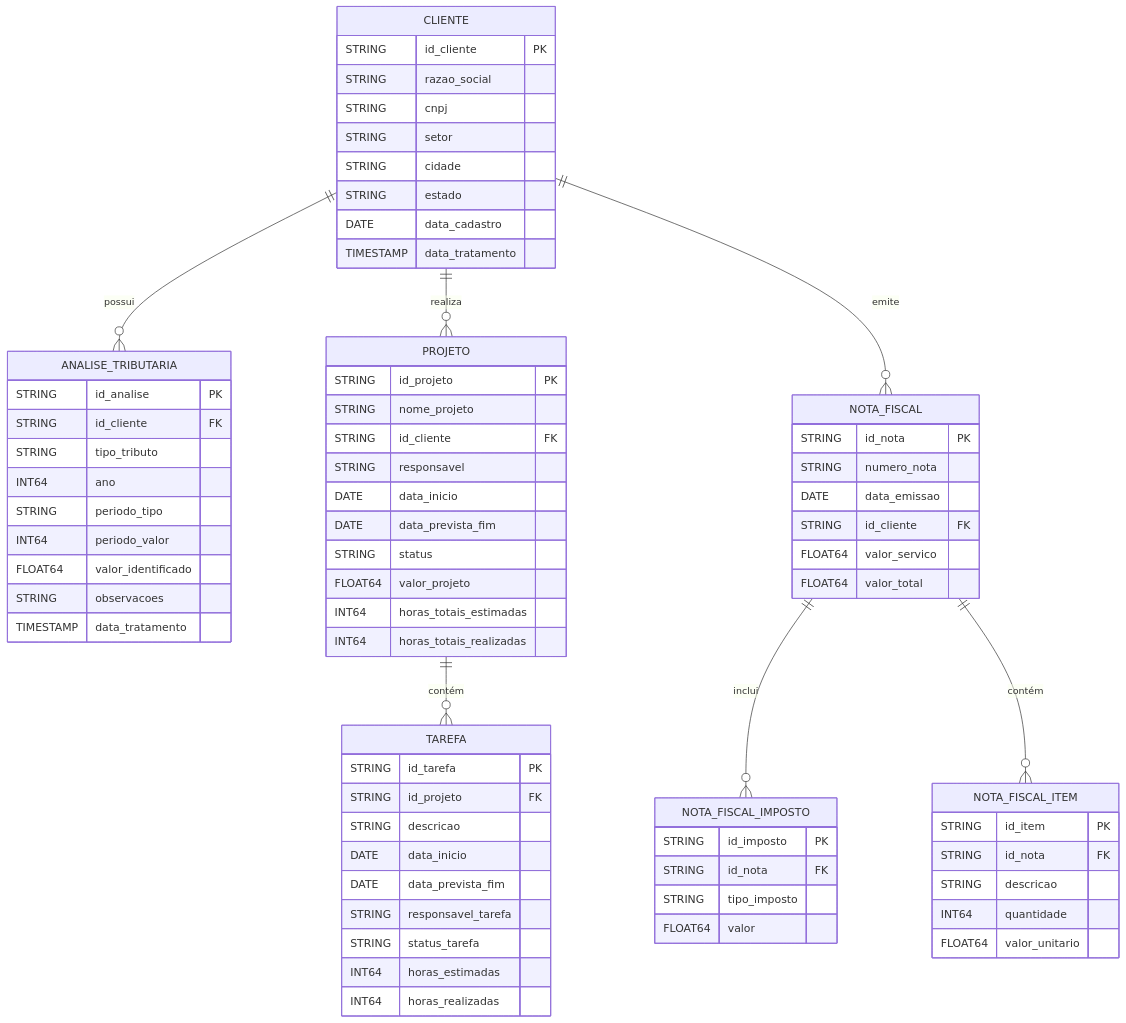
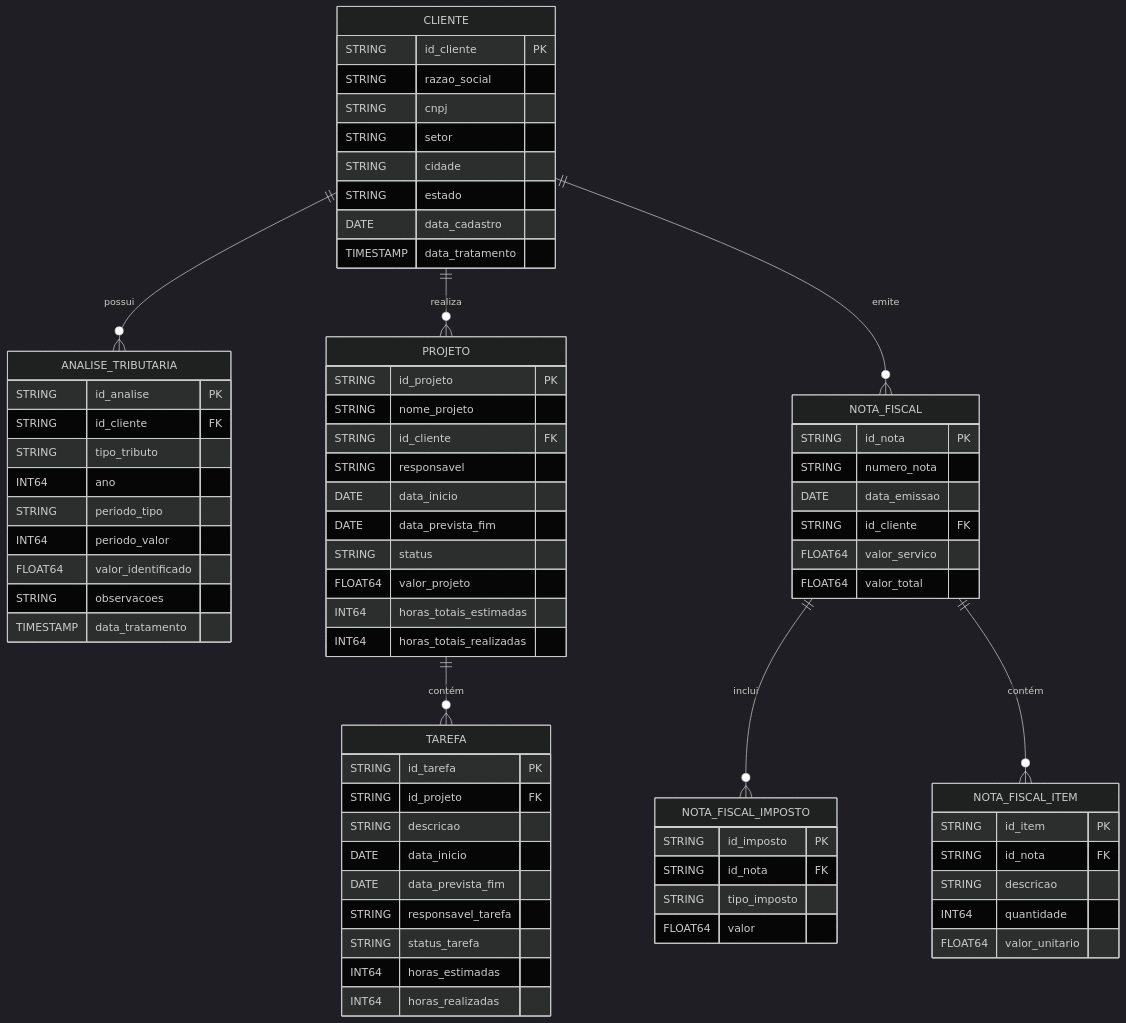
One commit to BernardoSKropiwiec/teste-engenheiro-dados changed the second of 2 diagrams in README.md. Above: the diagram before and after it, drawn with Mermaid.

Commit message:
Mudança no tema do diagrama ER

````diff
--- a/README.md
+++ b/README.md
@@ -125,79 +125,79 @@
 ```mermaid
 ---
 config:
-  theme: default
+  theme: dark
   look: classic
 ---
 erDiagram
     CLIENTE {
         STRING id_cliente PK
         STRING razao_social
         STRING cnpj
         STRING setor
         STRING cidade
         STRING estado
         DATE data_cadastro
         TIMESTAMP data_tratamento
     }
     ANALISE_TRIBUTARIA {
         STRING id_analise PK
         STRING id_cliente FK
         STRING tipo_tributo
         INT64 ano
         STRING periodo_tipo
         INT64 periodo_valor
         FLOAT64 valor_identificado
         STRING observacoes
         TIMESTAMP data_tratamento
     }
     PROJETO {
         STRING id_projeto PK
         STRING nome_projeto
         STRING id_cliente FK
         STRING responsavel
         DATE data_inicio
         DATE data_prevista_fim
         STRING status
         FLOAT64 valor_projeto
         INT64 horas_totais_estimadas
         INT64 horas_totais_realizadas
     }
     TAREFA {
         STRING id_tarefa PK
         STRING id_projeto FK
         STRING descricao
         DATE data_inicio
         DATE data_prevista_fim
         STRING responsavel_tarefa
         STRING status_tarefa
         INT64 horas_estimadas
         INT64 horas_realizadas
     }
     NOTA_FISCAL {
         STRING id_nota PK
         STRING numero_nota
         DATE data_emissao
         STRING id_cliente FK
         FLOAT64 valor_servico
         FLOAT64 valor_total
     }
     NOTA_FISCAL_IMPOSTO {
         STRING id_imposto PK
         STRING id_nota FK
         STRING tipo_imposto
         FLOAT64 valor
     }
     NOTA_FISCAL_ITEM {
         STRING id_item PK
         STRING id_nota FK
         STRING descricao
         INT64 quantidade
         FLOAT64 valor_unitario
     }
     CLIENTE ||--o{ ANALISE_TRIBUTARIA : "possui"
     CLIENTE ||--o{ PROJETO : "realiza"
     CLIENTE ||--o{ NOTA_FISCAL : "emite"
     PROJETO ||--o{ TAREFA : "contém"
     NOTA_FISCAL ||--o{ NOTA_FISCAL_IMPOSTO : "inclui"
     NOTA_FISCAL ||--o{ NOTA_FISCAL_ITEM : "contém"
 ```
````
